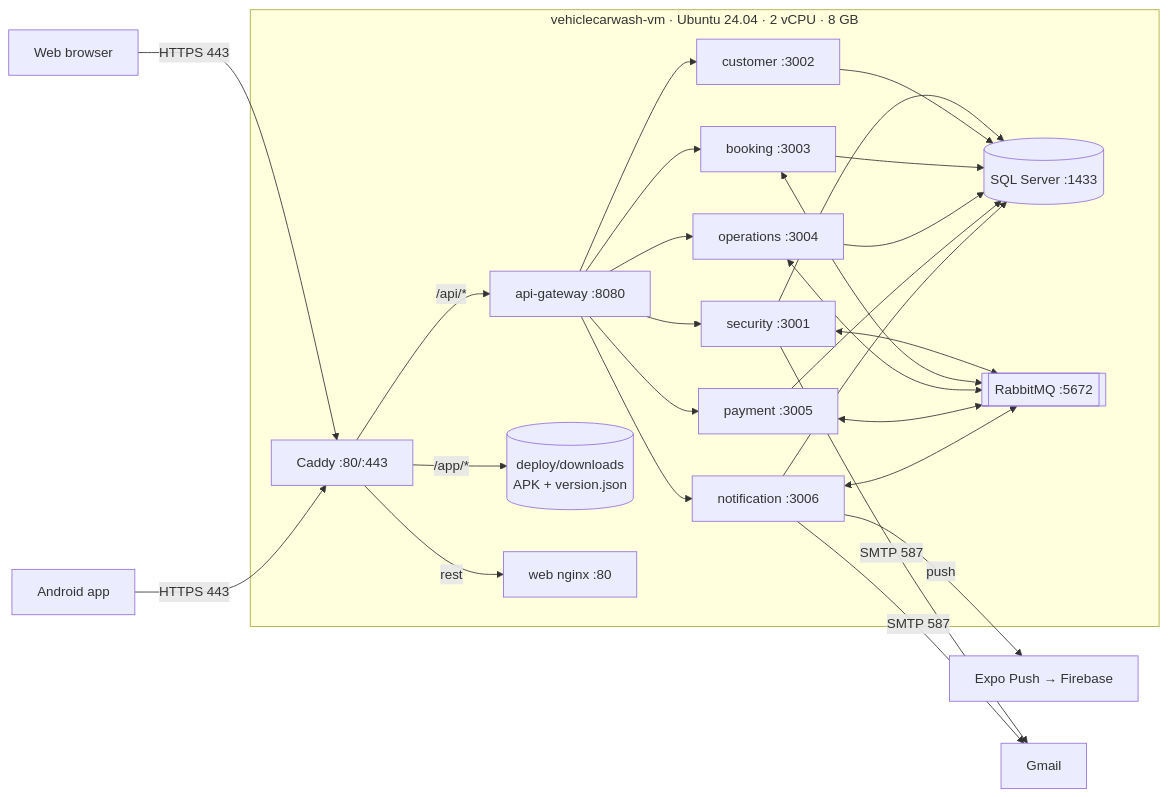
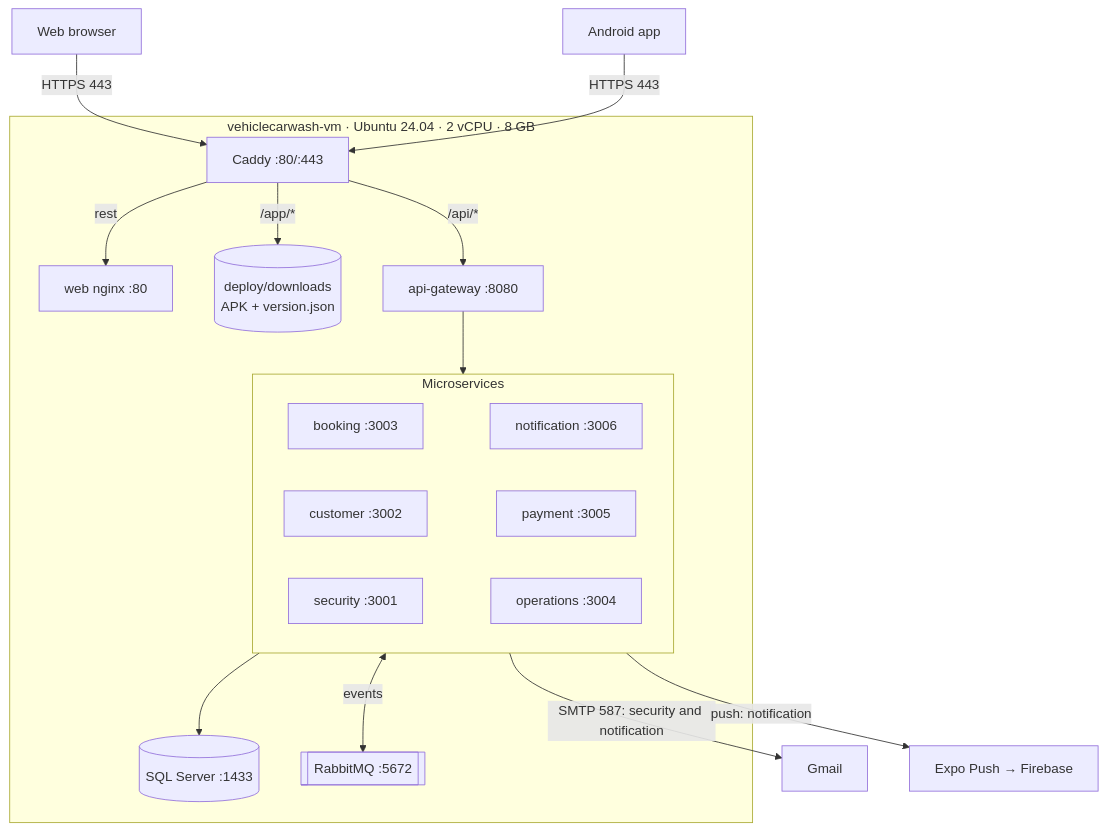
Before and after one commit to BrayanCABRERA123/lavarapido-docs: the diagram in 07_PROCEDIMIENTO_DE_IMPLEMENTACION/EN/MD/deployment-document.md, drawn with Mermaid. The commit also changed other lines of this file and 11 other files, not shown here.

````diff
--- a/07_PROCEDIMIENTO_DE_IMPLEMENTACION/EN/MD/deployment-document.md
+++ b/07_PROCEDIMIENTO_DE_IMPLEMENTACION/EN/MD/deployment-document.md
@@ -205,21 +206,37 @@
 ```mermaid
-flowchart LR
-    U[Web browser] -->|HTTPS 443| C
-    M[Android app] -->|HTTPS 443| C
+flowchart TB
+    U[Web browser]
+    M[Android app]
     subgraph VM["vehiclecarwash-vm · Ubuntu 24.04 · 2 vCPU · 8 GB"]
       C[Caddy :80/:443]
-      C -->|/api/*| G[api-gateway :8080]
-      C -->|/app/*| D[(deploy/downloads<br/>APK + version.json)]
-      C -->|rest| W[web nginx :80]
-      G --> S1[security :3001]
-      G --> S2[customer :3002]
-      G --> S3[booking :3003]
-      G --> S4[operations :3004]
-      G --> S5[payment :3005]
-      G --> S6[notification :3006]
-      S1 & S2 & S3 & S4 & S5 & S6 --> DB[(SQL Server :1433)]
-      S1 & S3 & S4 & S5 & S6 <--> MQ[[RabbitMQ :5672]]
+      W[web nginx :80]
+      D[(deploy/downloads<br/>APK + version.json)]
+      G[api-gateway :8080]
+      subgraph SVC["Microservices"]
+        direction LR
+        S1[security :3001]
+        S2[customer :3002]
+        S3[booking :3003]
+        S4[operations :3004]
+        S5[payment :3005]
+        S6[notification :3006]
+        S3 ~~~ S6
+        S2 ~~~ S5
+        S1 ~~~ S4
+      end
+      DB[(SQL Server :1433)]
+      MQ[[RabbitMQ :5672]]
     end
-    S6 -->|push| EX[Expo Push → Firebase]
-    S1 & S6 -->|SMTP 587| GM[Gmail]
+    GM[Gmail]
+    EX[Expo Push → Firebase]
+    U -->|HTTPS 443| C
+    M -->|HTTPS 443| C
+    C -->|rest| W
+    C -->|/app/*| D
+    C -->|/api/*| G
+    G --> SVC
+    SVC --> DB
+    SVC <-->|events| MQ
+    SVC -->|"SMTP 587: security and notification"| GM
+    SVC -->|"push: notification"| EX
 ```
````
